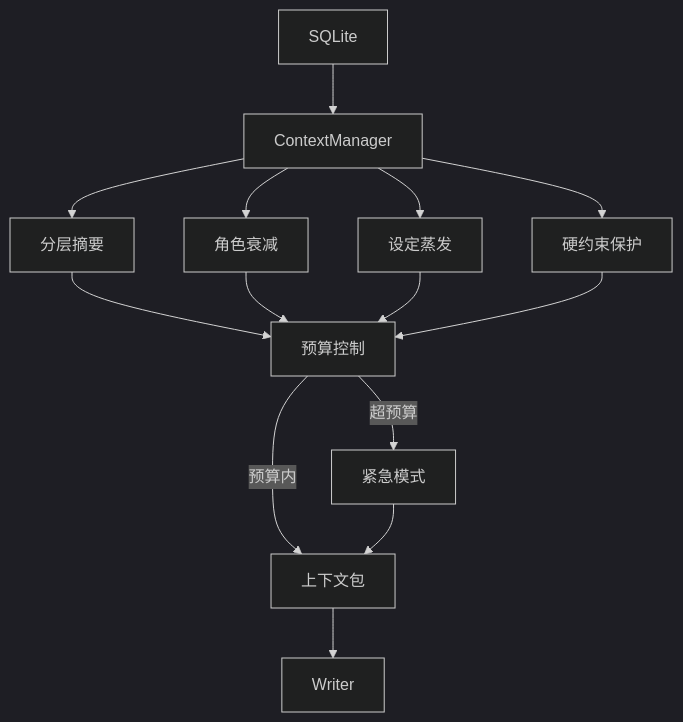
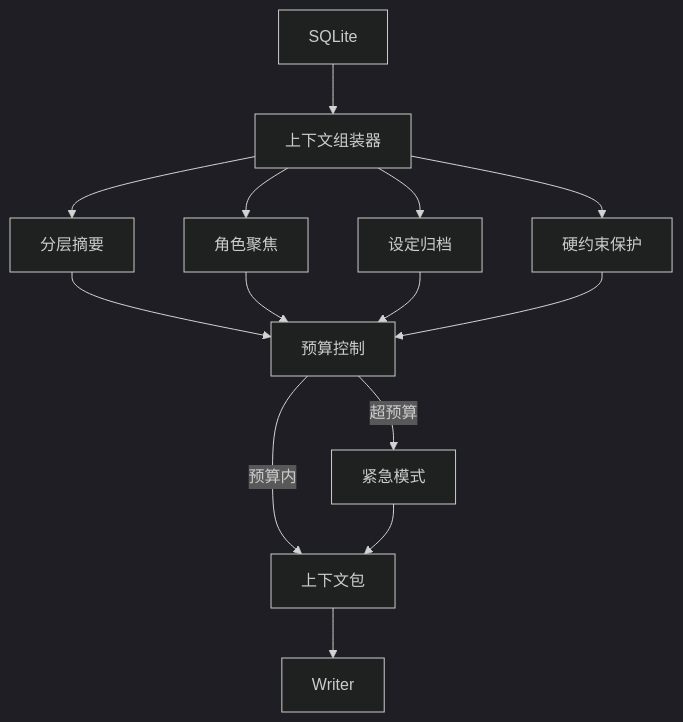
One commit to Bingtuu/Songyan changed the third of 3 diagrams in README.md. Above: the diagram before and after it, drawn with Mermaid (dark theme). The commit also changed other lines of this file and 6 other files, not shown here.

````diff
--- a/README.md
+++ b/README.md
@@ -170,16 +174,16 @@
 ```mermaid
 flowchart TB
-    DB["SQLite"] --> Loader["ContextManager"]
+    DB["SQLite"] --> Loader["上下文组装器"]
     Loader --> Summary["分层摘要"]
-    Loader --> Character["角色衰减"]
-    Loader --> Setting["设定蒸发"]
+    Loader --> Character["角色聚焦"]
+    Loader --> Setting["设定归档"]
     Loader --> Hard["硬约束保护"]
     Summary --> Budget["预算控制"]
     Character --> Budget
     Setting --> Budget
     Hard --> Budget
     Budget -->|预算内| Package["上下文包"]
     Budget -->|超预算| Emergency["紧急模式"]
     Emergency --> Package
     Package --> Writer
 ```
````
